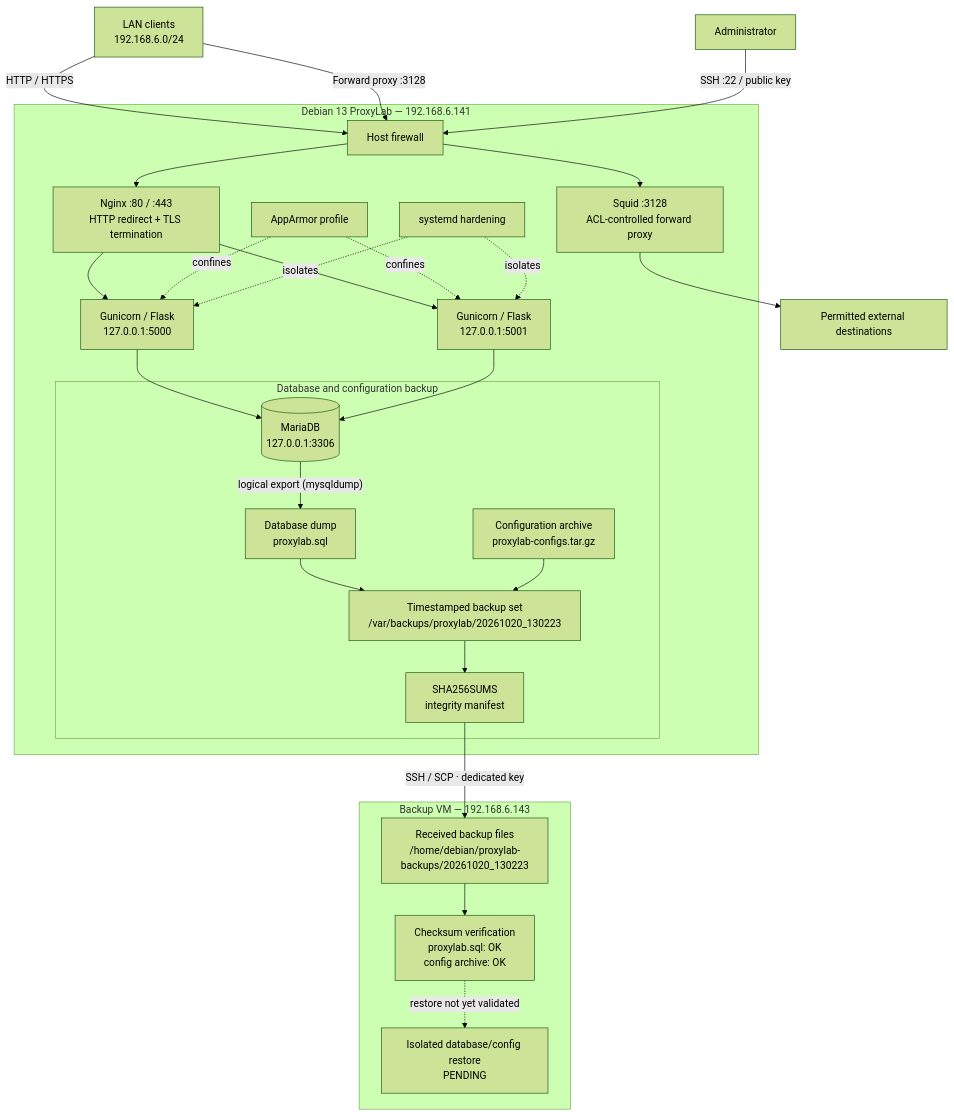
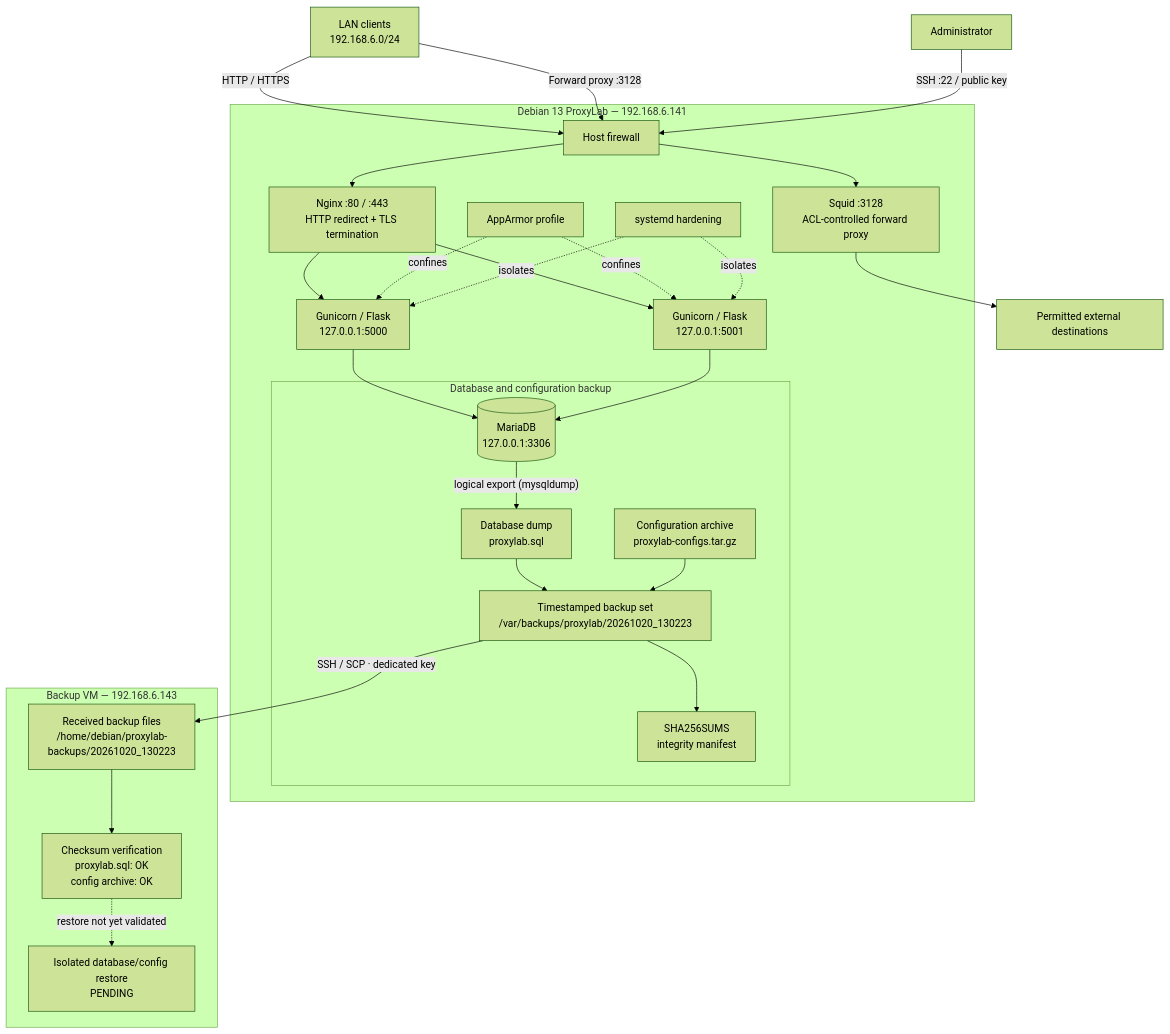
One commit to Rash499/ProxyLab changed the first of 4 diagrams in docs/architecture/README.md. Above: the diagram before and after it, drawn with Mermaid (forest theme).

Commit message:
Show transfer of the complete database backup set

````diff
--- a/docs/architecture/README.md
+++ b/docs/architecture/README.md
@@ -7,33 +7,33 @@
 ```mermaid
 flowchart TB
   Client["LAN clients<br/>192.168.6.0/24"] -->|"HTTP / HTTPS"| FW["Host firewall"]
   Client -->|"Forward proxy :3128"| FW
   Admin["Administrator"] -->|"SSH :22 / public key"| FW
   subgraph VM["Debian 13 ProxyLab — 192.168.6.141"]
     FW --> N["Nginx :80 / :443<br/>HTTP redirect + TLS termination"]
     FW --> S["Squid :3128<br/>ACL-controlled forward proxy"]
     N --> B1["Gunicorn / Flask<br/>127.0.0.1:5000"]
     N --> B2["Gunicorn / Flask<br/>127.0.0.1:5001"]
     B1 --> DB[("MariaDB<br/>127.0.0.1:3306")]
     B2 --> DB
     AA["AppArmor profile"] -. confines .-> B1
     AA -. confines .-> B2
     SD["systemd hardening"] -. isolates .-> B1
     SD -. isolates .-> B2
     subgraph DBBackup["Database and configuration backup"]
       DB -->|"logical export (mysqldump)"| SQL["Database dump<br/>proxylab.sql"]
       SQL --> STAGE["Timestamped backup set<br/>/var/backups/proxylab/20261020_130223"]
       CFG["Configuration archive<br/>proxylab-configs.tar.gz"] --> STAGE
       STAGE --> MANIFEST["SHA256SUMS<br/>integrity manifest"]
     end
   end
   S --> Internet["Permitted external destinations"]
   subgraph Recovery["Backup VM — 192.168.6.143"]
     DST["Received backup files<br/>/home/debian/proxylab-backups/20261020_130223"]
     VERIFY["Checksum verification<br/>proxylab.sql: OK<br/>config archive: OK"]
     RESTORE["Isolated database/config restore<br/>PENDING"]
     DST --> VERIFY
     VERIFY -. "restore not yet validated" .-> RESTORE
   end
-  MANIFEST -->|"SSH / SCP · dedicated key"| DST
+  STAGE -->|"SSH / SCP · dedicated key"| DST
 ```
````
